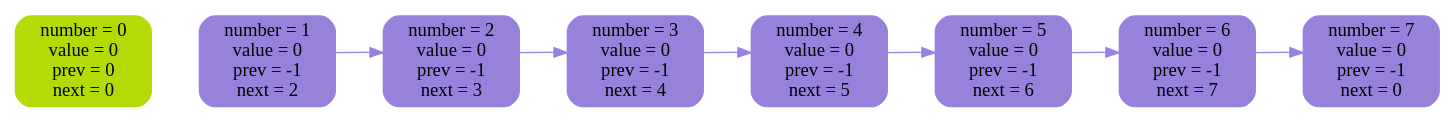
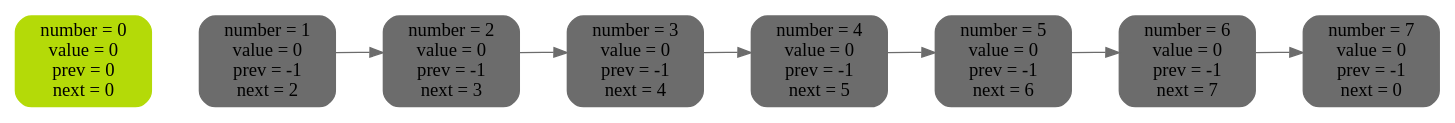
The diagram in list_log/img/1.dot (2210223t-lang/2-linked-list), drawn with Graphviz before and after one commit. The commit also changed 20 other files, not shown here.

```diff
--- a/list_log/img/1.dot
+++ b/list_log/img/1.dot
@@ -1,24 +1,24 @@
 digraph {
 rankdir = LR
 n0 [ label = "number = 0\nvalue = 0\nprev = 0\nnext = 0", shape = Mrecord, fontsize = 14,style = filled, color = "#b4da08" ]
-n1 [ label = "number = 1\nvalue = 0\nprev = -1\nnext = 2", shape = Mrecord, fontsize = 14,style = filled, color = "#9781db" ]
-n2 [ label = "number = 2\nvalue = 0\nprev = -1\nnext = 3", shape = Mrecord, fontsize = 14,style = filled, color = "#9781db" ]
-n3 [ label = "number = 3\nvalue = 0\nprev = -1\nnext = 4", shape = Mrecord, fontsize = 14,style = filled, color = "#9781db" ]
-n4 [ label = "number = 4\nvalue = 0\nprev = -1\nnext = 5", shape = Mrecord, fontsize = 14,style = filled, color = "#9781db" ]
-n5 [ label = "number = 5\nvalue = 0\nprev = -1\nnext = 6", shape = Mrecord, fontsize = 14,style = filled, color = "#9781db" ]
-n6 [ label = "number = 6\nvalue = 0\nprev = -1\nnext = 7", shape = Mrecord, fontsize = 14,style = filled, color = "#9781db" ]
-n7 [ label = "number = 7\nvalue = 0\nprev = -1\nnext = 0", shape = Mrecord, fontsize = 14,style = filled, color = "#9781db" ]
-n0 -> n1 [ style = invis, weight = 100 ]
-n1 -> n2 [ style = invis, weight = 100 ]
-n2 -> n3 [ style = invis, weight = 100 ]
-n3 -> n4 [ style = invis, weight = 100 ]
-n4 -> n5 [ style = invis, weight = 100 ]
-n5 -> n6 [ style = invis, weight = 100 ]
-n6 -> n7 [ style = invis, weight = 100 ]
-n1 -> n2 [style = filled, color = "#9781db" ]
-n2 -> n3 [style = filled, color = "#9781db" ]
-n3 -> n4 [style = filled, color = "#9781db" ]
-n4 -> n5 [style = filled, color = "#9781db" ]
-n5 -> n6 [style = filled, color = "#9781db" ]
-n6 -> n7 [style = filled, color = "#9781db" ]
+n1 [ label = "number = 1\nvalue = 0\nprev = -1\nnext = 2", shape = Mrecord, fontsize = 14,style = filled, color = "#6c6c6c" ]
+n2 [ label = "number = 2\nvalue = 0\nprev = -1\nnext = 3", shape = Mrecord, fontsize = 14,style = filled, color = "#6c6c6c" ]
+n3 [ label = "number = 3\nvalue = 0\nprev = -1\nnext = 4", shape = Mrecord, fontsize = 14,style = filled, color = "#6c6c6c" ]
+n4 [ label = "number = 4\nvalue = 0\nprev = -1\nnext = 5", shape = Mrecord, fontsize = 14,style = filled, color = "#6c6c6c" ]
+n5 [ label = "number = 5\nvalue = 0\nprev = -1\nnext = 6", shape = Mrecord, fontsize = 14,style = filled, color = "#6c6c6c" ]
+n6 [ label = "number = 6\nvalue = 0\nprev = -1\nnext = 7", shape = Mrecord, fontsize = 14,style = filled, color = "#6c6c6c" ]
+n7 [ label = "number = 7\nvalue = 0\nprev = -1\nnext = 0", shape = Mrecord, fontsize = 14,style = filled, color = "#6c6c6c" ]
+n0 -> n1 [ style = invis, weight = 10000 ]
+n1 -> n2 [ style = invis, weight = 10000 ]
+n2 -> n3 [ style = invis, weight = 10000 ]
+n3 -> n4 [ style = invis, weight = 10000 ]
+n4 -> n5 [ style = invis, weight = 10000 ]
+n5 -> n6 [ style = invis, weight = 10000 ]
+n6 -> n7 [ style = invis, weight = 10000 ]
+n1 -> n2 [ style = filled, color = "#6c6c6c" ]
+n2 -> n3 [ style = filled, color = "#6c6c6c" ]
+n3 -> n4 [ style = filled, color = "#6c6c6c" ]
+n4 -> n5 [ style = filled, color = "#6c6c6c" ]
+n5 -> n6 [ style = filled, color = "#6c6c6c" ]
+n6 -> n7 [ style = filled, color = "#6c6c6c" ]
 }
```
